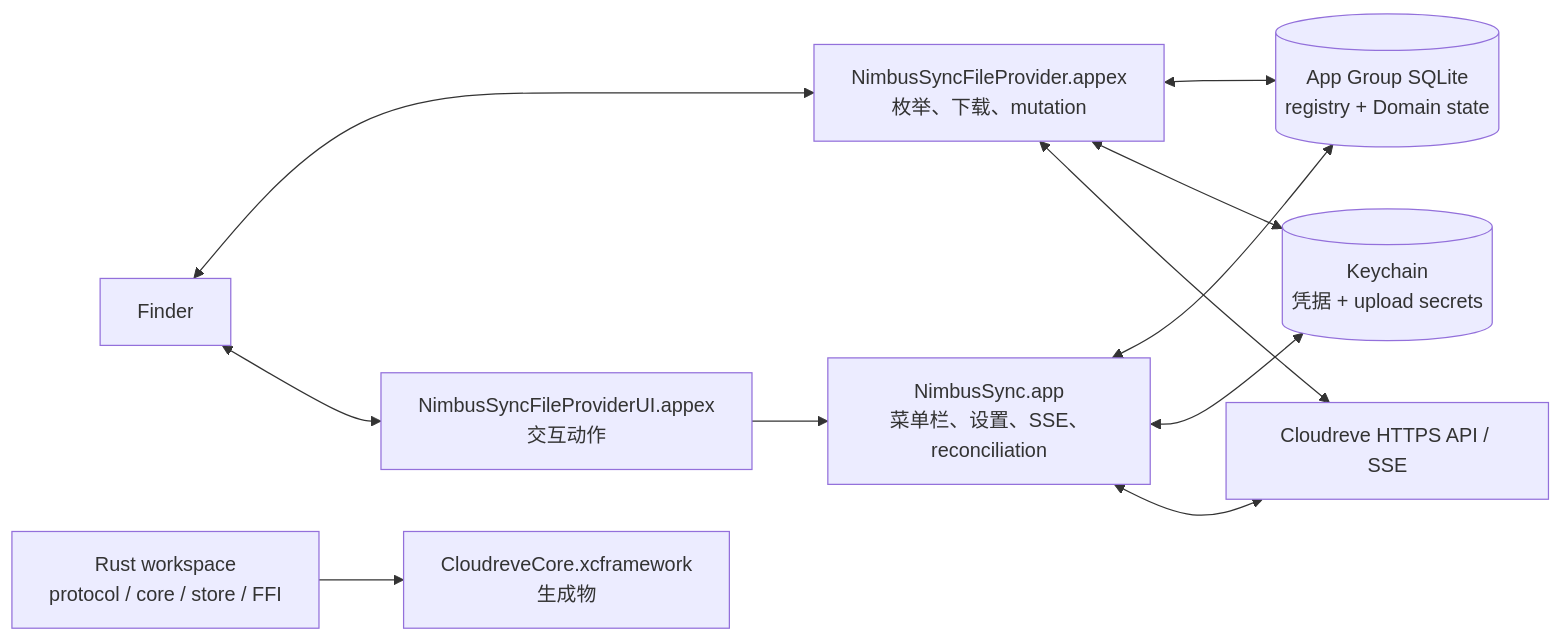
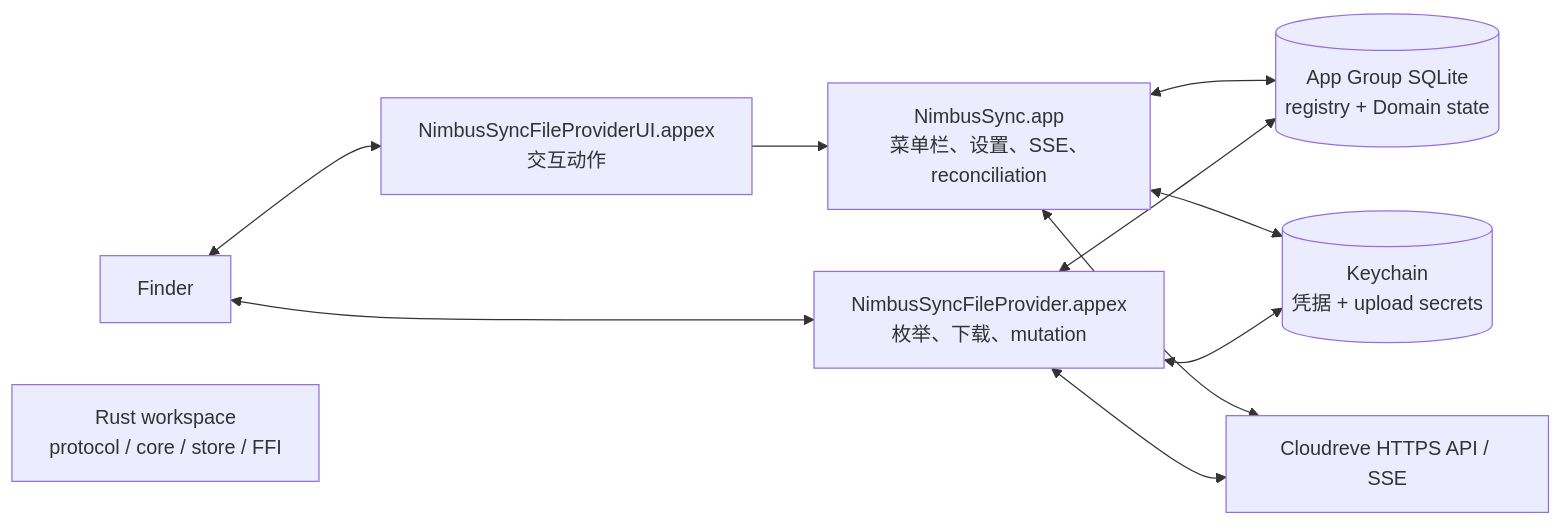
The diagram in README_zh.md (tiylabs/nimbussync), drawn with Mermaid before and after one commit. The commit also changed other lines of this file and 27 other files, not shown here.

````diff
--- a/README_zh.md
+++ b/README_zh.md
@@ -120,23 +116,21 @@
 ```mermaid
 flowchart LR
     Finder[Finder]
     App[NimbusSync.app<br/>菜单栏、设置、SSE、reconciliation]
     FP[NimbusSyncFileProvider.appex<br/>枚举、下载、mutation]
     FPUI[NimbusSyncFileProviderUI.appex<br/>交互动作]
     Store[(App Group SQLite<br/>registry + Domain state)]
     Keychain[(Keychain<br/>凭据 + upload secrets)]
     Cloudreve[Cloudreve HTTPS API / SSE]
     Rust[Rust workspace<br/>protocol / core / store / FFI]
-    Artifact[CloudreveCore.xcframework<br/>生成物]
 
     Finder <--> FP
     Finder <--> FPUI
     FPUI --> App
     App <--> Store
     FP <--> Store
     App <--> Keychain
     FP <--> Keychain
     App <--> Cloudreve
     FP <--> Cloudreve
-    Rust --> Artifact
 ```
````
